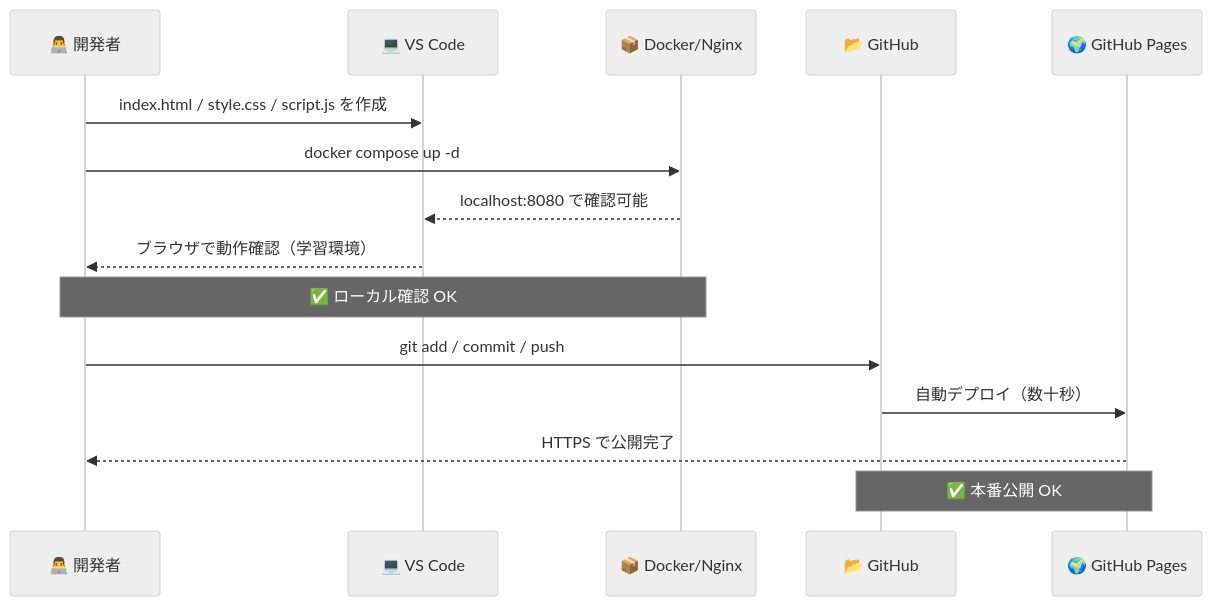
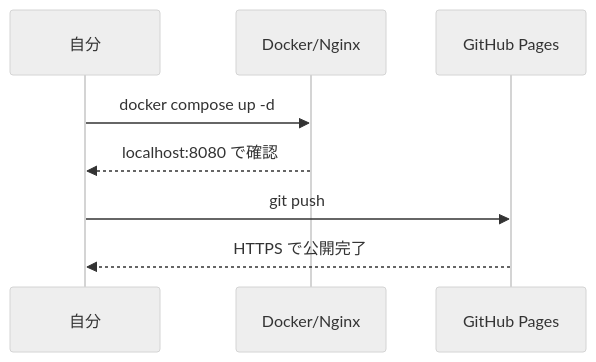
The fifth of 6 diagrams in DIAGRAMS.md (syo-go5530/nginx-docker-portfolio), drawn with Mermaid (neutral theme) before and after one commit. The commit also changed other lines of this file, not shown here.

````diff
--- a/DIAGRAMS.md
+++ b/DIAGRAMS.md
@@ -118,21 +80,11 @@
 ```mermaid
 sequenceDiagram
-    participant Dev as 👨‍💻 開発者
-    participant VSCode as 💻 VS Code
-    participant Docker as 📦 Docker/Nginx
-    participant GitHub as 📂 GitHub
-    participant Pages as 🌍 GitHub Pages
+    participant 自分
+    participant Docker/Nginx
+    participant GitHub Pages
 
-    Dev->>VSCode: index.html / style.css / script.js を作成
-    Dev->>Docker: docker compose up -d
-    Docker-->>VSCode: localhost:8080 で確認可能
-    VSCode-->>Dev: ブラウザで動作確認（学習環境）
-
-    Note over Dev,Docker: ✅ ローカル確認 OK
-
-    Dev->>GitHub: git add / commit / push
-    GitHub->>Pages: 自動デプロイ（数十秒）
-    Pages-->>Dev: HTTPS で公開完了
-
-    Note over GitHub,Pages: ✅ 本番公開 OK
+    自分 ->> Docker/Nginx: docker compose up -d
+    Docker/Nginx -->> 自分: localhost:8080 で確認
+    自分 ->> GitHub Pages: git push
+    GitHub Pages -->> 自分: HTTPS で公開完了
 ```
````
